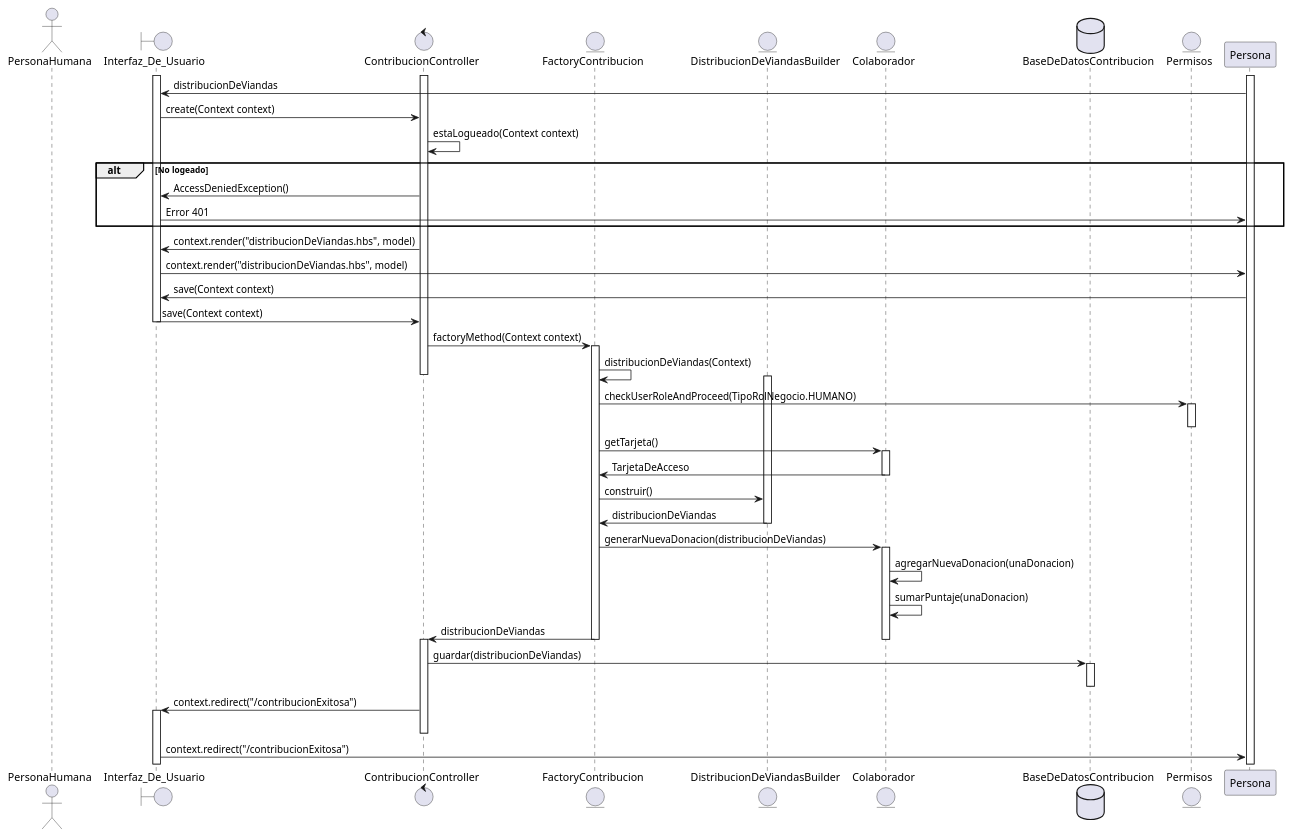
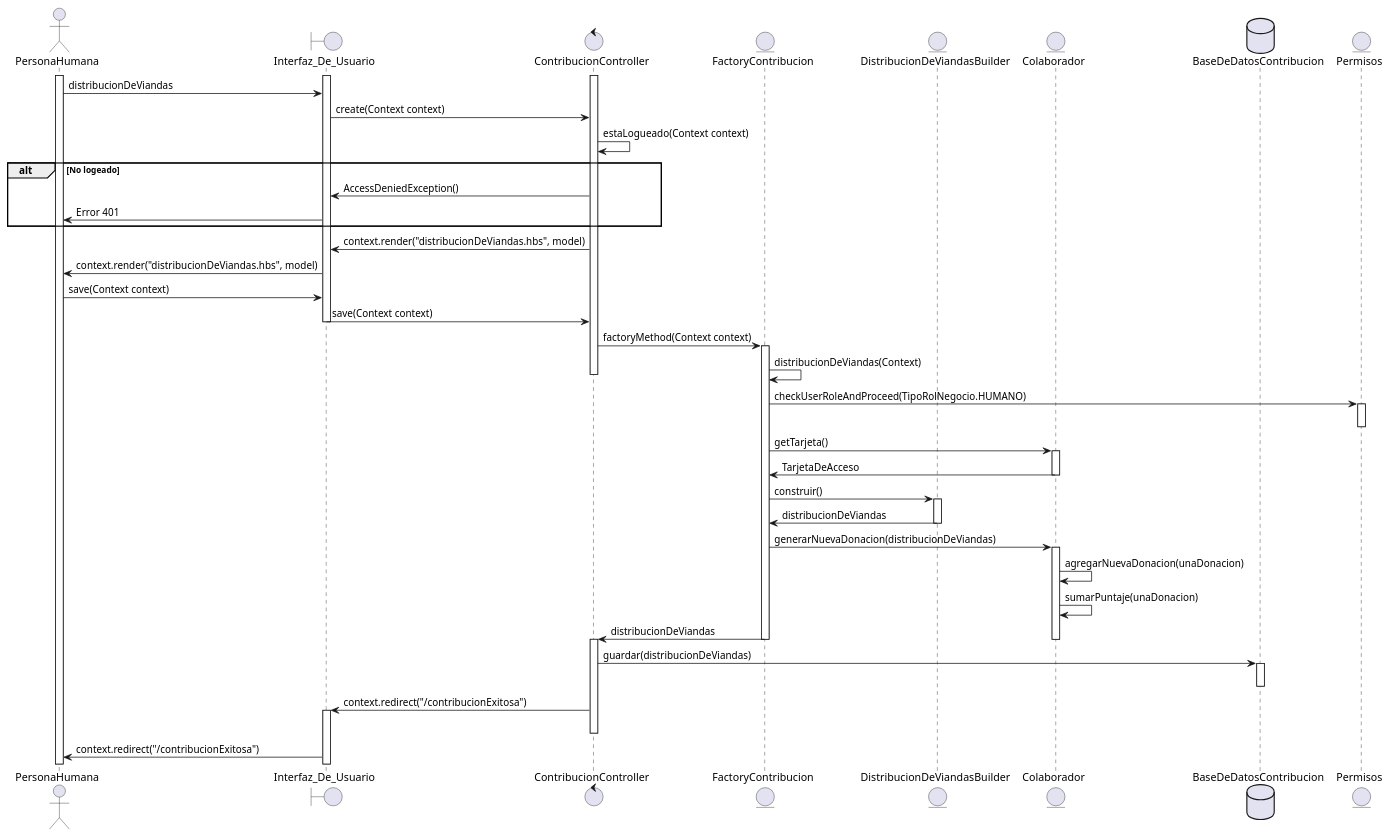
Before and after one commit to JBDelupi/TPs---DDS: the diagram in UMLs/FormasDeContribucion/DistribucionDeVianda.puml, drawn with PlantUML. The commit also changed 2 other files, not shown here.

Commit message:
diagrama de secuencia de contribuciones terminados

```diff
--- a/UMLs/FormasDeContribucion/DistribucionDeVianda.puml
+++ b/UMLs/FormasDeContribucion/DistribucionDeVianda.puml
@@ -1,66 +1,65 @@
 @startuml GenerarDistribucionDeViandas
 actor PersonaHumana
 boundary Interfaz_De_Usuario
 control ContribucionController
 
 
 entity FactoryContribucion
 entity DistribucionDeViandasBuilder
 entity Colaborador
 database BaseDeDatosContribucion
 entity Permisos
 
-activate Persona
+activate PersonaHumana
 activate Interfaz_De_Usuario
 activate ContribucionController
-Persona->Interfaz_De_Usuario: distribucionDeViandas
+PersonaHumana->Interfaz_De_Usuario: distribucionDeViandas
 
 Interfaz_De_Usuario->ContribucionController: create(Context context)
 ContribucionController->ContribucionController: estaLogueado(Context context)
 
 
 alt No logeado
     ContribucionController->Interfaz_De_Usuario: AccessDeniedException()
-    Interfaz_De_Usuario->Persona: Error 401
+    Interfaz_De_Usuario->PersonaHumana: Error 401
 end
 
 ContribucionController -> Interfaz_De_Usuario: context.render("distribucionDeViandas.hbs", model)
-Interfaz_De_Usuario -> Persona: context.render("distribucionDeViandas.hbs", model)
+Interfaz_De_Usuario -> PersonaHumana: context.render("distribucionDeViandas.hbs", model)
 
-Persona -> Interfaz_De_Usuario: save(Context context)
+PersonaHumana -> Interfaz_De_Usuario: save(Context context)
 Interfaz_De_Usuario -> ContribucionController: save(Context context)
 deactivate Interfaz_De_Usuario
 ContribucionController -> FactoryContribucion: factoryMethod(Context context)
-
 activate FactoryContribucion
 FactoryContribucion -> FactoryContribucion: distribucionDeViandas(Context)
 deactivate ContribucionController
-activate DistribucionDeViandasBuilder
 FactoryContribucion -> Permisos: checkUserRoleAndProceed(TipoRolNegocio.HUMANO)
 activate Permisos
 deactivate Permisos
 FactoryContribucion -> Colaborador: getTarjeta()
 activate Colaborador
 Colaborador -> FactoryContribucion: TarjetaDeAcceso
 deactivate Colaborador
 FactoryContribucion -> DistribucionDeViandasBuilder: construir()
+activate DistribucionDeViandasBuilder
 DistribucionDeViandasBuilder -> FactoryContribucion: distribucionDeViandas
 deactivate DistribucionDeViandasBuilder
 FactoryContribucion -> Colaborador: generarNuevaDonacion(distribucionDeViandas)
 activate Colaborador
 Colaborador -> Colaborador: agregarNuevaDonacion(unaDonacion)
 Colaborador -> Colaborador: sumarPuntaje(unaDonacion)
 FactoryContribucion -> ContribucionController: distribucionDeViandas
 deactivate Colaborador
 deactivate FactoryContribucion
 activate ContribucionController
 ContribucionController -> BaseDeDatosContribucion: guardar(distribucionDeViandas)
 activate BaseDeDatosContribucion
 deactivate BaseDeDatosContribucion
 ContribucionController -> Interfaz_De_Usuario: context.redirect("/contribucionExitosa")
 activate Interfaz_De_Usuario
 deactivate ContribucionController
 
-Interfaz_De_Usuario -> Persona: context.redirect("/contribucionExitosa")
+Interfaz_De_Usuario -> PersonaHumana: context.redirect("/contribucionExitosa")
 
 @enduml
```
